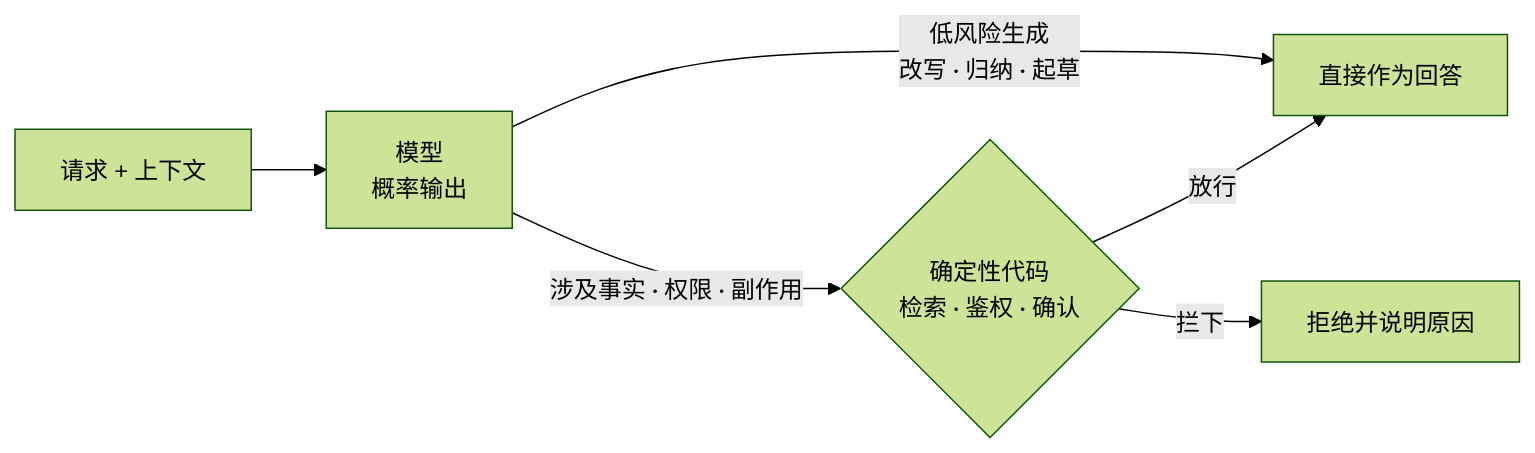
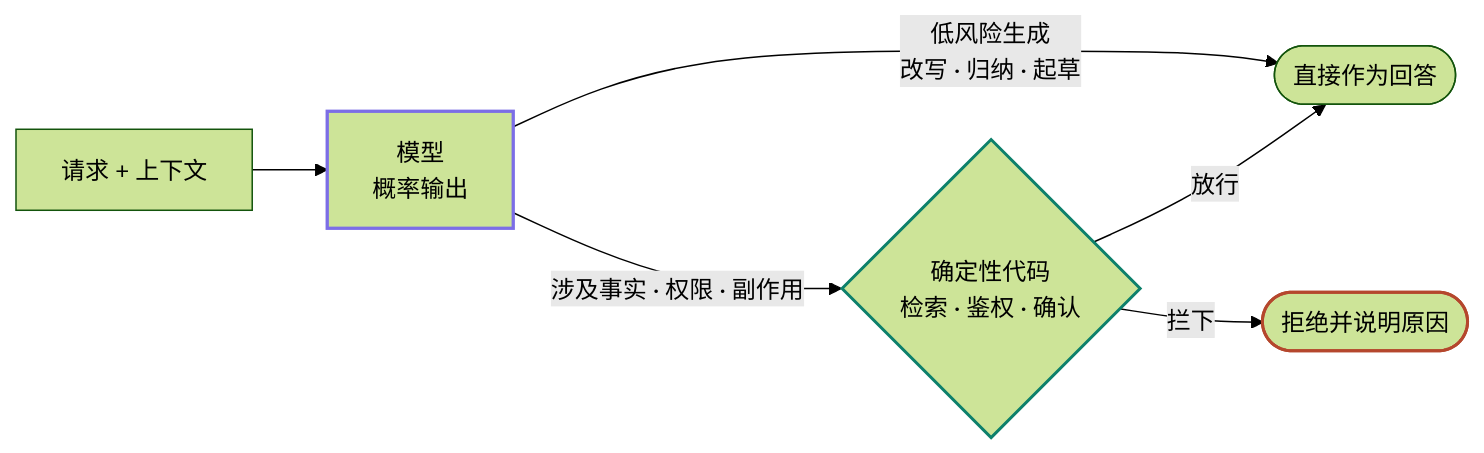
One commit to lance2016/ai-app-engineering changed the diagram in lessons/how-llms-work/README.md. Above: the diagram before and after it, drawn with Mermaid (forest theme). The commit also changed 21 other files, not shown here.

````diff
--- a/lessons/how-llms-work/README.md
+++ b/lessons/how-llms-work/README.md
@@ -98,8 +98,14 @@
 ```mermaid
 flowchart LR
+    classDef model stroke:#7c6ee6,stroke-width:2.2px
+    classDef runtime stroke:#0d806b,stroke-width:2px
+    classDef risk stroke:#b5472d,stroke-width:2px
     I[请求 + 上下文] --> M[模型<br/>概率输出]
-    M -->|低风险生成<br/>改写 · 归纳 · 起草| A[直接作为回答]
+    M -->|低风险生成<br/>改写 · 归纳 · 起草| A([直接作为回答])
     M -->|涉及事实 · 权限 · 副作用| G{确定性代码<br/>检索 · 鉴权 · 确认}
     G -- 放行 --> A
-    G -- 拦下 --> R[拒绝并说明原因]
+    G -- 拦下 --> R([拒绝并说明原因])
+    class M model
+    class G runtime
+    class R risk
 ```
````
